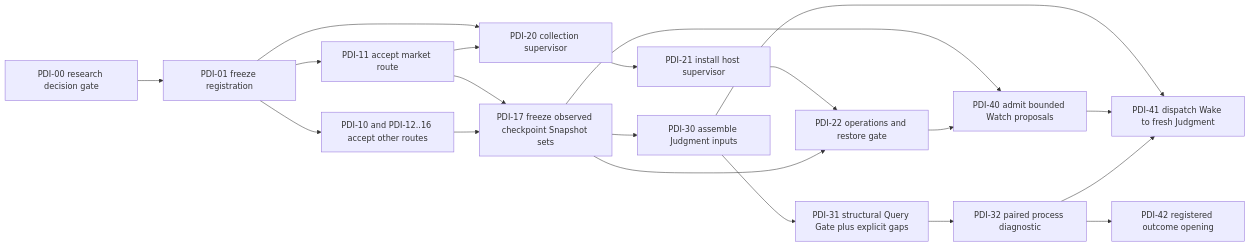
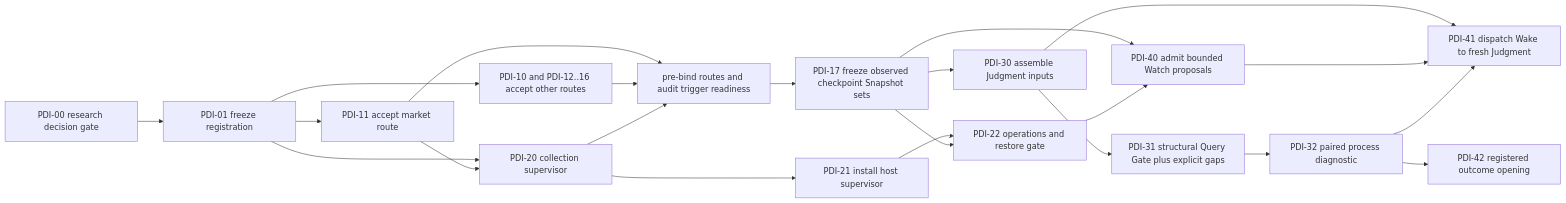
The third of 3 diagrams in docs/DATA_PLATFORM_PLAN.md (LemonCANDY42/market-impact-agent), drawn with Mermaid before and after one commit. The commit also changed other lines of this file and 14 other files, not shown here.

Commit message:
feat: add durable checkpoint readiness gate

````diff
--- a/docs/DATA_PLATFORM_PLAN.md
+++ b/docs/DATA_PLATFORM_PLAN.md
@@ -425,22 +425,24 @@
 ```mermaid
 flowchart LR
     Z[PDI-00 research decision gate] --> R[PDI-01 freeze registration]
     R --> M[PDI-11 accept market route]
     R --> D[PDI-10 and PDI-12..16 accept other routes]
     R --> O[PDI-20 collection supervisor]
     M --> O
-    M --> F[PDI-17 freeze observed checkpoint Snapshot sets]
-    D --> F[PDI-17 freeze observed checkpoint Snapshot sets]
+    M --> A[pre-bind routes and audit trigger readiness]
+    D --> A
+    O --> A
+    A --> F[PDI-17 freeze observed checkpoint Snapshot sets]
     O --> I[PDI-21 install host supervisor]
     I --> H[PDI-22 operations and restore gate]
     F --> H
     F --> J[PDI-30 assemble Judgment inputs]
     J --> Q[PDI-31 structural Query Gate plus explicit gaps]
     Q --> E[PDI-32 paired process diagnostic]
     F --> W[PDI-40 admit bounded Watch proposals]
     H --> W
     J --> X[PDI-41 dispatch Wake to fresh Judgment]
     W --> X
     E --> X
     E --> Y[PDI-42 registered outcome opening]
 ```
````
